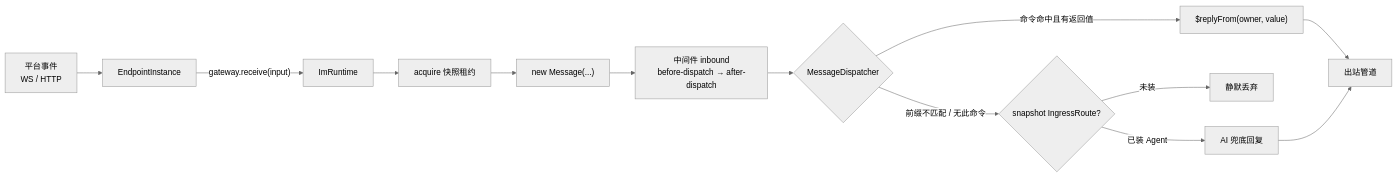
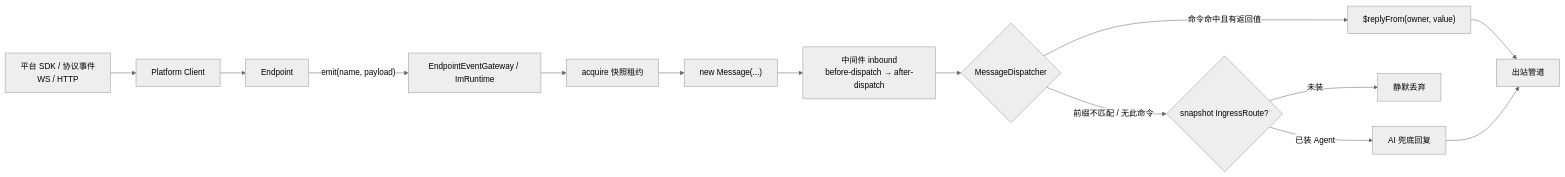
Before and after one commit to zhinjs/zhin: the first of 2 diagrams in docs/concepts/message-flow.md, drawn with Mermaid (neutral theme). The commit also changed other lines of this file and 473 other files, not shown here.

Commit message:
refactor(adapter): unify endpoint client model

````diff
--- a/docs/concepts/message-flow.md
+++ b/docs/concepts/message-flow.md
@@ -7,15 +7,16 @@
 ```mermaid
 flowchart LR
-    P[平台事件<br/>WS / HTTP] --> E[EndpointInstance]
-    E -->|"gateway.receive(input)"| G[ImRuntime]
+    P[平台 SDK / 协议事件<br/>WS / HTTP] --> C[Platform Client]
+    C --> E[Endpoint]
+    E -->|"emit(name, payload)"| G[EndpointEventGateway / ImRuntime]
     G --> L[acquire 快照租约]
     L --> M["new Message(...)"]
     M --> MW["中间件 inbound<br/>before-dispatch → after-dispatch"]
     MW --> D{MessageDispatcher}
     D -->|"前缀不匹配 / 无此命令"| U{snapshot IngressRoute?}
     U -->|"已装 Agent"| AI[AI 兜底回复]
     U -->|"未装"| N[静默丢弃]
     D -->|"命令命中且有返回值"| R["$replyFrom(owner, value)"]
     R --> O[出站管道]
     AI --> O
 ```
````
